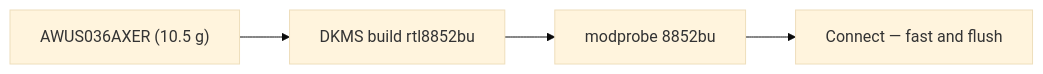
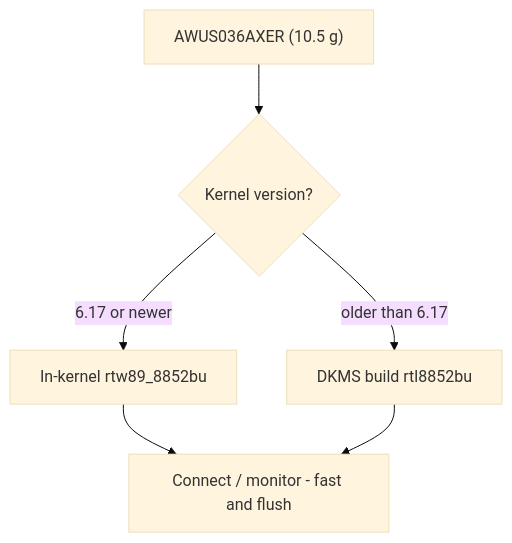
One commit to yopitek/yupitek-wiki changed the diagram in docs/01-alfa-network/products/awus036axer/index.md. Above: the diagram before and after it, drawn with Mermaid (base theme). The commit also changed other lines of this file and 108 other files, not shown here.

````diff
--- a/docs/01-alfa-network/products/awus036axer/index.md
+++ b/docs/01-alfa-network/products/awus036axer/index.md
@@ -47,6 +99,8 @@
 ```mermaid
-flowchart LR
-    A["AWUS036AXER (10.5 g)"] --> B["DKMS build rtl8852bu"]
-    B --> C["modprobe 8852bu"]
-    C --> D["Connect — fast and flush"]
+flowchart TD
+    A["AWUS036AXER (10.5 g)"] --> B{"Kernel version?"}
+    B -->|"6.17 or newer"| C["In-kernel rtw89_8852bu"]
+    B -->|"older than 6.17"| D["DKMS build rtl8852bu"]
+    C --> E["Connect / monitor - fast and flush"]
+    D --> E
 ```
````
